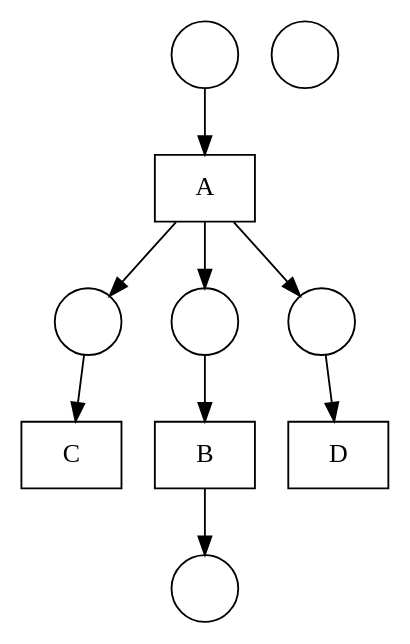
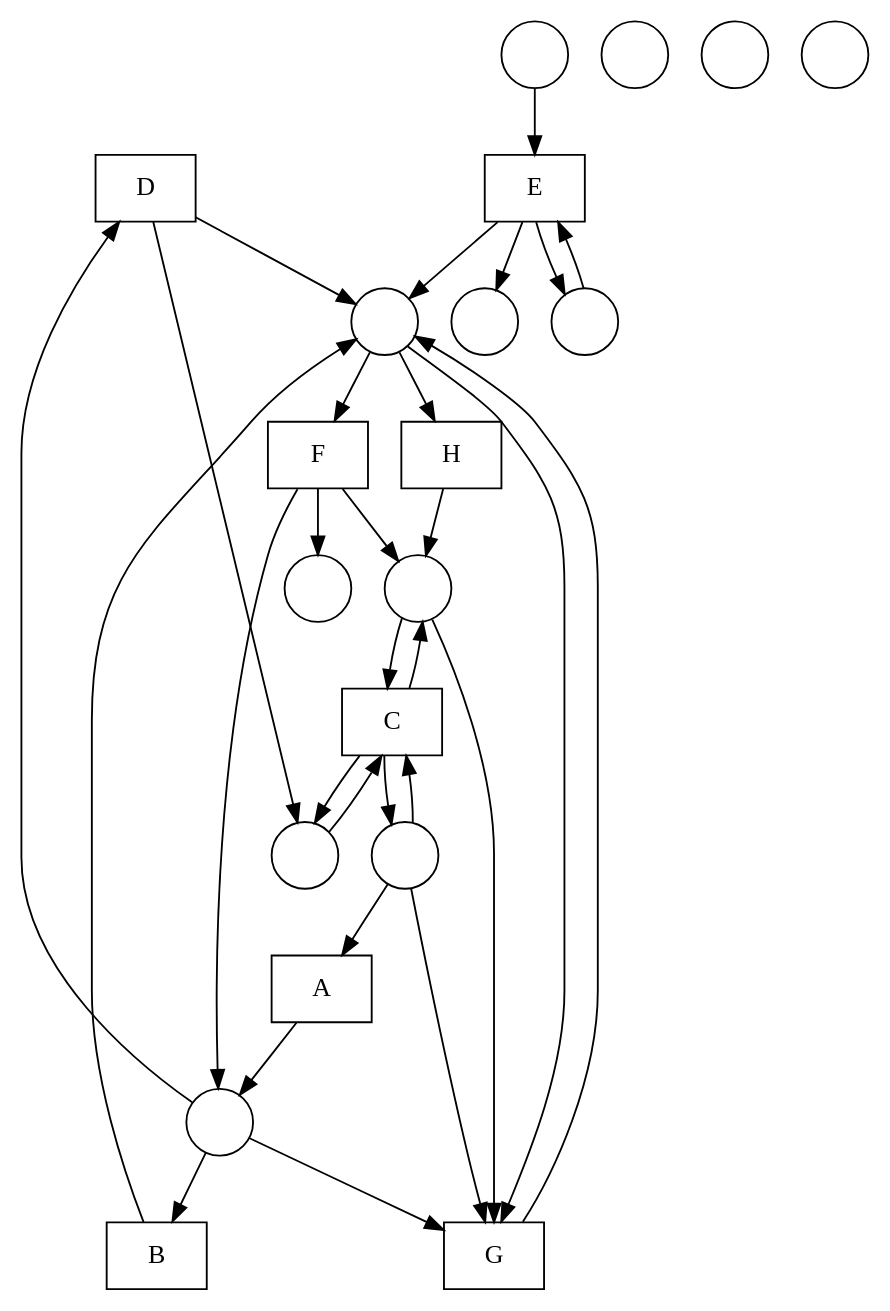
Before and after one commit to DWitek97/GeneticMiner: the diagram in nets/Fittest net.gv, drawn with Graphviz. The commit also changed 2 other files, not shown here.

```diff
--- a/nets/Fittest net.gv
+++ b/nets/Fittest net.gv
@@ -1,22 +1,53 @@
 digraph "Fittest net" {
 	node [shape=box]
+	D [label=D]
+	E [label=E]
+	C [label=C]
 	A [label=A]
-	D [label=D]
+	H [label=H]
+	F [label=F]
 	B [label=B]
-	C [label=C]
+	G [label=G]
 	node [shape=circle]
 	1 [label=" "]
 	2 [label=" "]
 	3 [label=" "]
 	4 [label=" "]
 	5 [label=" "]
 	6 [label=" "]
+	7 [label=" "]
+	8 [label=" "]
+	9 [label=" "]
+	10 [label=" "]
+	11 [label=" "]
+	12 [label=" "]
+	2 -> D
+	D -> 6
+	D -> 5
+	3 -> E
+	4 -> E
+	E -> 7
+	E -> 5
+	E -> 4
+	8 -> C
+	1 -> C
+	6 -> C
+	C -> 6
+	C -> 1
+	C -> 8
 	1 -> A
-	A -> 4
 	A -> 2
-	A -> 3
-	4 -> D
-	3 -> B
+	5 -> H
+	H -> 8
+	5 -> F
+	F -> 2
+	F -> 8
+	F -> 9
+	2 -> B
 	B -> 5
-	2 -> C
+	5 -> G
+	2 -> G
+	1 -> G
+	8 -> G
+	G -> 5
 }
```
